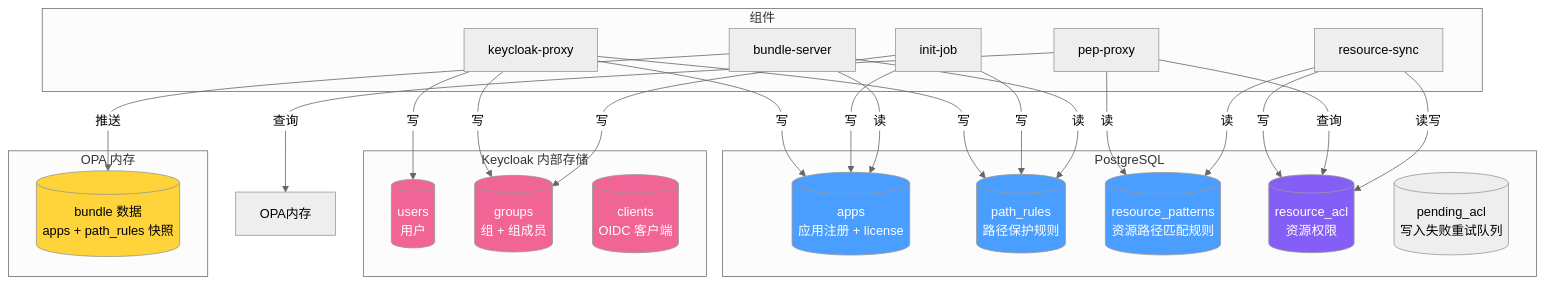
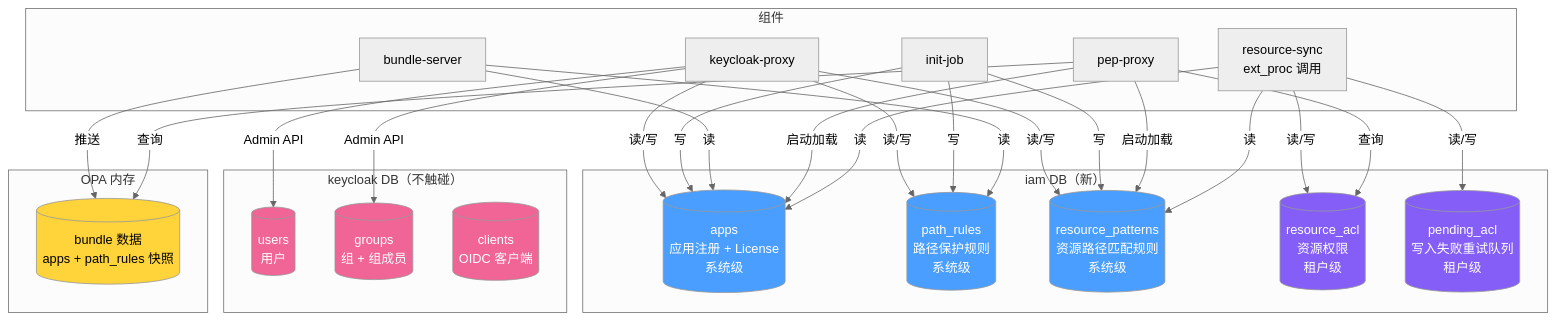
The first of 11 diagrams in diagrams/data-storage.md (xiewanchao/aidp-iam), drawn with Mermaid (neutral theme) before and after one commit. The commit also changed other lines of this file and 5 other files, not shown here.

````diff
--- a/diagrams/data-storage.md
+++ b/diagrams/data-storage.md
@@ -9,57 +27,61 @@
 ```mermaid
 flowchart TB
-    subgraph PostgreSQL
-        APPS[(apps<br/>应用注册 + license)]
-        PR[(path_rules<br/>路径保护规则)]
-        RP[(resource_patterns<br/>资源路径匹配规则)]
-        ACL[(resource_acl<br/>资源权限)]
-        PENDING[(pending_acl<br/>写入失败重试队列)]
+    subgraph "iam DB（新）"
+        APPS[(apps<br/>应用注册 + License<br/>系统级)]
+        PR[(path_rules<br/>路径保护规则<br/>系统级)]
+        RP[(resource_patterns<br/>资源路径匹配规则<br/>系统级)]
+        ACL[(resource_acl<br/>资源权限<br/>租户级)]
+        PENDING[(pending_acl<br/>写入失败重试队列<br/>租户级)]
     end
 
-    subgraph Keycloak 内部存储
+    subgraph "keycloak DB（不触碰）"
         USERS[(users<br/>用户)]
         GROUPS[(groups<br/>组 + 组成员)]
         CLIENTS[(clients<br/>OIDC 客户端)]
     end
 
-    subgraph OPA 内存
+    subgraph "OPA 内存"
         OPADATA[(bundle 数据<br/>apps + path_rules 快照)]
     end
 
     subgraph 组件
         KP[keycloak-proxy]
         BS[bundle-server]
-        RS[resource-sync]
+        RS[resource-sync<br/>ext_proc 调用]
         PEP[pep-proxy]
         INIT[init-job]
     end
 
     %% 写入关系
-    KP -->|写| APPS
-    KP -->|写| PR
-    KP -->|写| USERS
-    KP -->|写| GROUPS
+    KP -->|读/写| APPS
+    KP -->|读/写| PR
+    KP -->|读/写| RP
+    KP -->|Admin API| USERS
+    KP -->|Admin API| GROUPS
     INIT -->|写| APPS
     INIT -->|写| PR
-    INIT -->|写| GROUPS
-    RS -->|写| ACL
+    INIT -->|写| RP
+    RS -->|读/写| ACL
+    RS -->|读/写| PENDING
 
     %% 读取关系
     BS -->|读| APPS
     BS -->|读| PR
     BS -->|推送| OPADATA
-    PEP -->|查询| OPA内存
+    PEP -->|查询| OPADATA
     PEP -->|查询| ACL
-    PEP -->|读| RP
+    PEP -->|启动加载| APPS
+    PEP -->|启动加载| RP
+    RS -->|读| APPS
     RS -->|读| RP
-    RS -->|读写| ACL
 
     style APPS fill:#4a9eff,color:#fff
     style PR fill:#4a9eff,color:#fff
     style RP fill:#4a9eff,color:#fff
     style ACL fill:#845ef7,color:#fff
+    style PENDING fill:#845ef7,color:#fff
     style USERS fill:#f06595,color:#fff
     style GROUPS fill:#f06595,color:#fff
     style CLIENTS fill:#f06595,color:#fff
     style OPADATA fill:#ffd43b,color:#000
 ```
````
